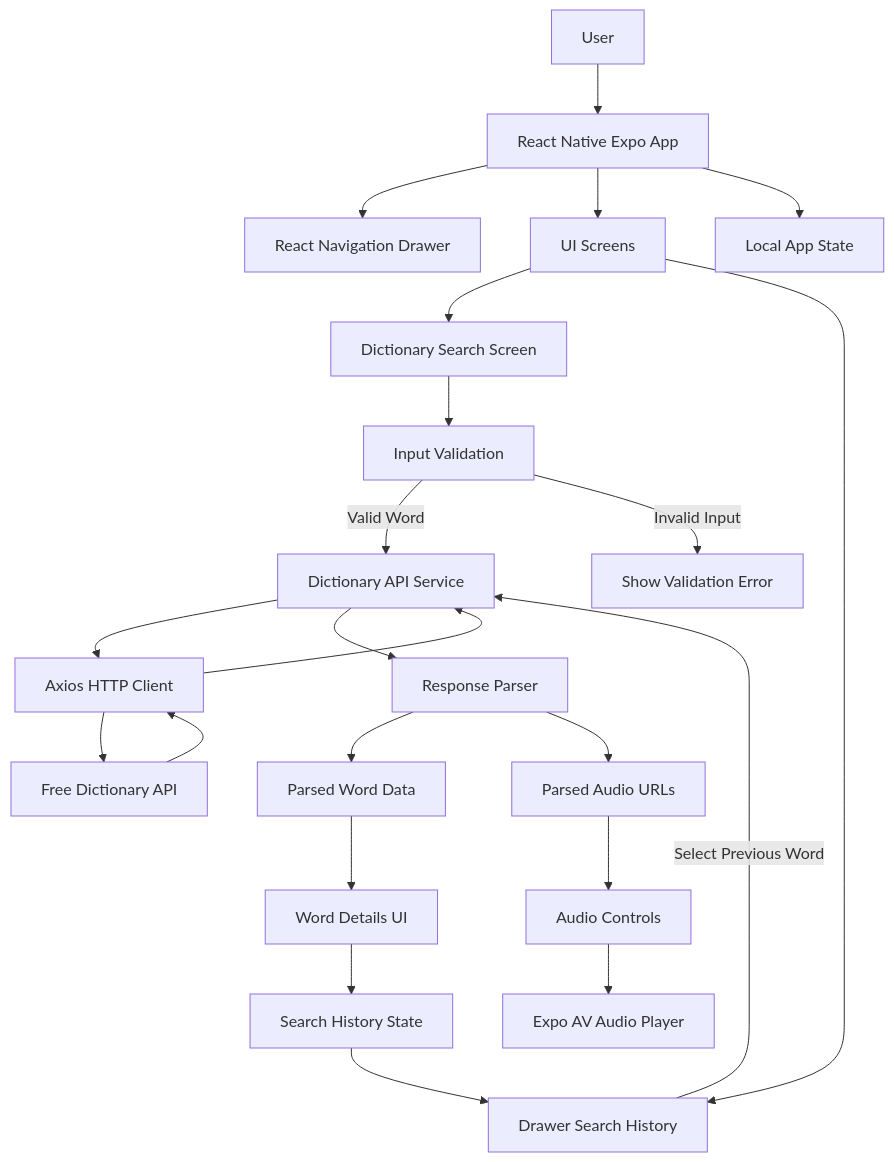
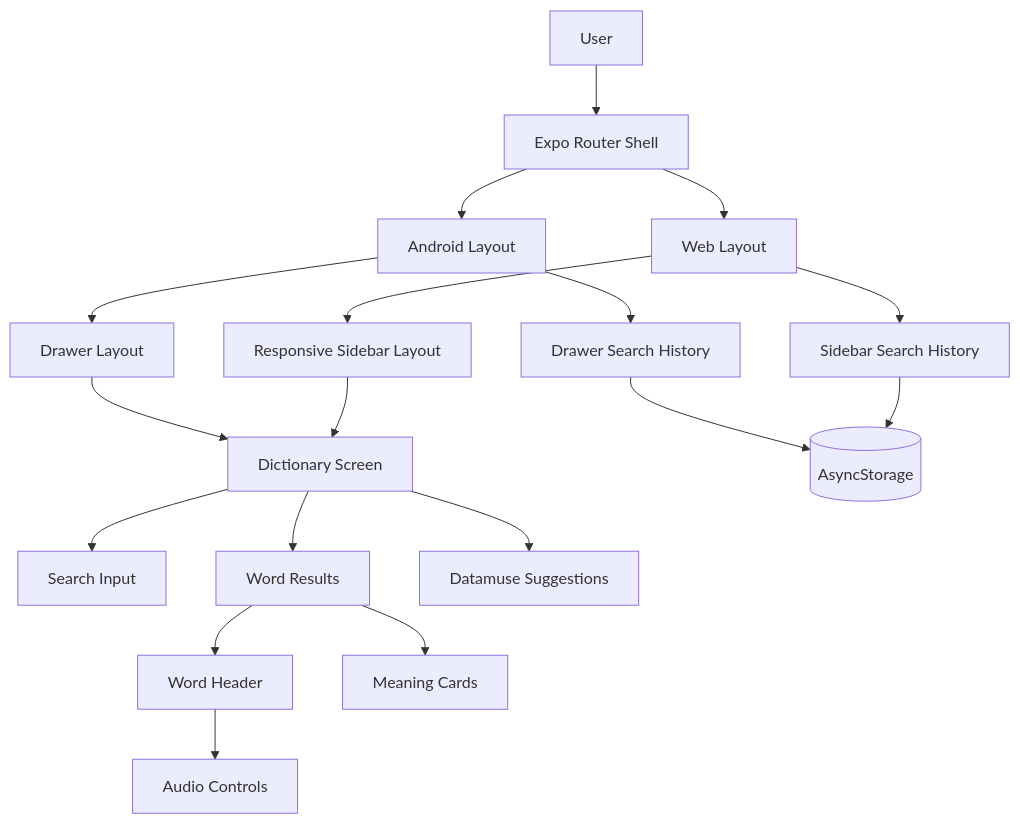
One commit to m-prosper-10/mobile.dictionary changed the first of 11 diagrams in DOCS.md. Above: the diagram before and after it, drawn with Mermaid. The commit also changed other lines of this file and 1 other file, not shown here.

Commit message:
Update architectural documentation to match Expo Router and Datamuse integration and clean up dictionary API service definitions.

````diff
--- a/DOCS.md
+++ b/DOCS.md
@@ -9,34 +17,27 @@
 ```mermaid
 flowchart TD
-    User[User] --> MobileApp[React Native Expo App]
+    User[User] --> Shell[Expo Router Shell]
 
-    MobileApp --> Navigation[React Navigation Drawer]
-    MobileApp --> UIScreens[UI Screens]
-    MobileApp --> State[Local App State]
+    Shell --> AndroidShell[Android Layout]
+    Shell --> WebShell[Web Layout]
 
-    UIScreens --> SearchScreen[Dictionary Search Screen]
-    UIScreens --> DrawerHistory[Drawer Search History]
+    AndroidShell --> DrawerLayout[Drawer Layout]
+    WebShell --> SidebarLayout[Responsive Sidebar Layout]
 
-    SearchScreen --> Validation[Input Validation]
-    Validation -->|Valid Word| APIService[Dictionary API Service]
-    Validation -->|Invalid Input| ValidationError[Show Validation Error]
+    DrawerLayout --> DictionaryScreen[Dictionary Screen]
+    SidebarLayout --> DictionaryScreen
 
-    APIService --> Axios[Axios HTTP Client]
-    Axios --> ExternalAPI[Free Dictionary API]
+    DictionaryScreen --> SearchInput[Search Input]
+    DictionaryScreen --> Results[Word Results]
+    DictionaryScreen --> Suggestions[Datamuse Suggestions]
 
-    ExternalAPI --> Axios
-    Axios --> APIService
+    Results --> WordHeader[Word Header]
+    WordHeader --> AudioControls[Audio Controls]
+    Results --> MeaningCards[Meaning Cards]
 
-    APIService --> Parser[Response Parser]
-    Parser --> WordData[Parsed Word Data]
-    Parser --> AudioData[Parsed Audio URLs]
+    AndroidShell --> DrawerHistory[Drawer Search History]
+    WebShell --> SidebarHistory[Sidebar Search History]
 
-    WordData --> WordDetails[Word Details UI]
-    AudioData --> AudioControls[Audio Controls]
-
-    AudioControls --> ExpoAV[Expo AV Audio Player]
-
-    WordDetails --> HistoryState[Search History State]
-    HistoryState --> DrawerHistory
-    DrawerHistory -->|Select Previous Word| APIService
+    DrawerHistory --> PersistedHistory[(AsyncStorage)]
+    SidebarHistory --> PersistedHistory
 ```
````
